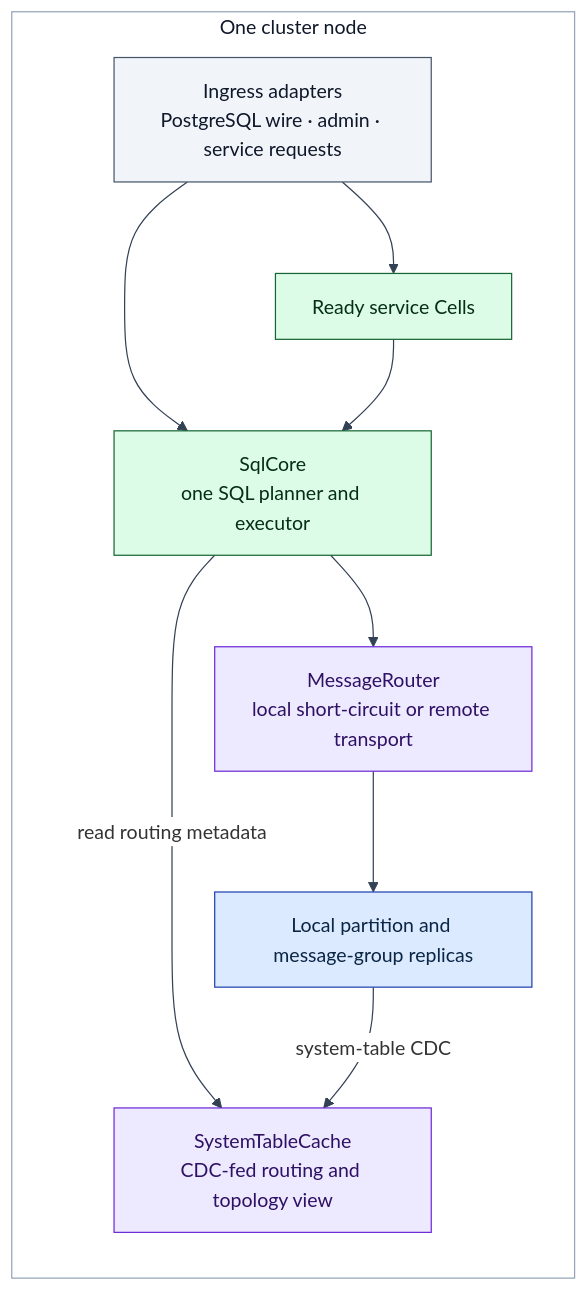
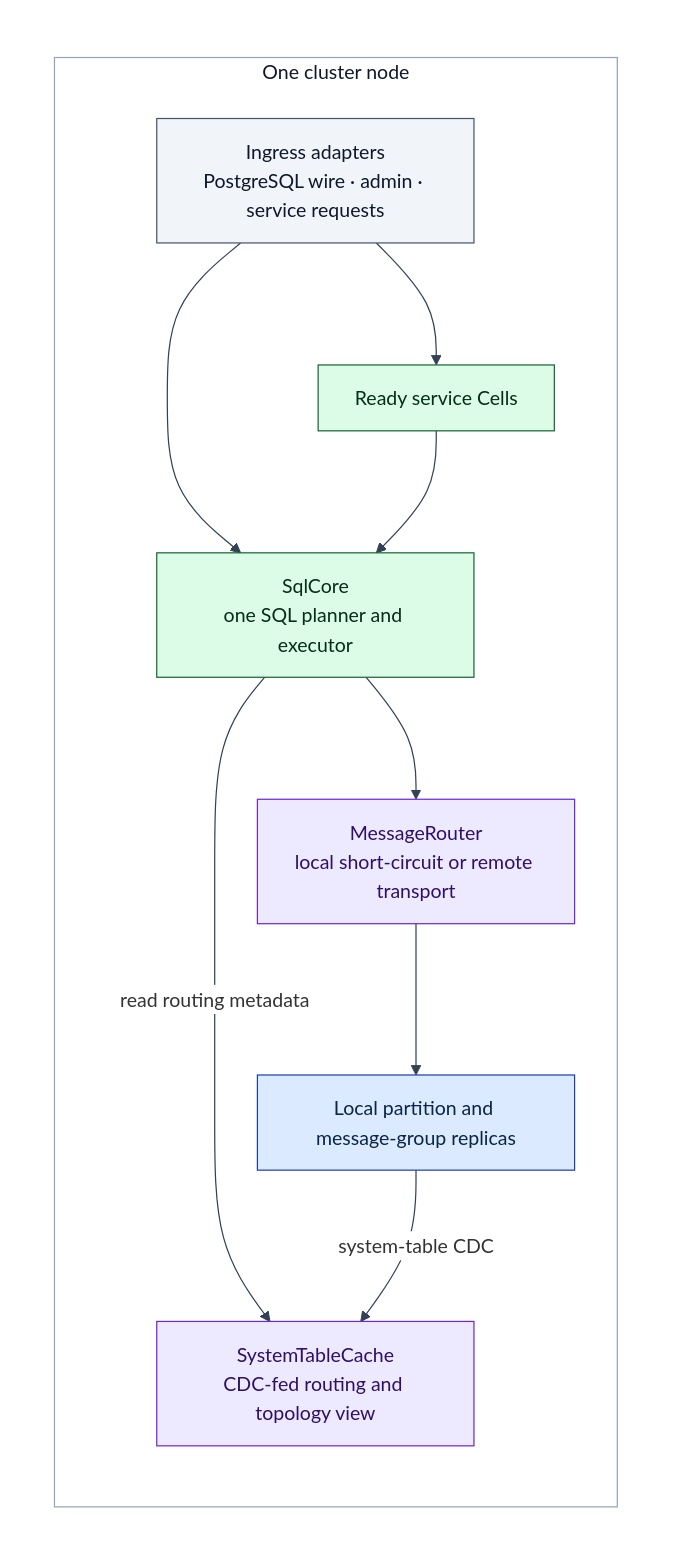
Before and after one commit to psvensson/lagrange: the fourth of 9 diagrams in architecture/system-model.md, drawn with Mermaid. The commit also changed other lines of this file and 3 other files, not shown here.

Commit message:
Draw explicit white Mermaid canvases

````diff
--- a/architecture/system-model.md
+++ b/architecture/system-model.md
@@ -177,27 +189,31 @@
 ```mermaid
-%%{init: {'theme':'base','darkMode':false,'themeCSS':'svg { background-color: #ffffff !important; }','themeVariables':{'background':'#ffffff','clusterBkg':'#ffffff','clusterBorder':'#94a3b8','edgeLabelBackground':'#ffffff','lineColor':'#334155','textColor':'#0f172a'}}}%%
+%%{init: {'theme':'base','darkMode':false,'themeVariables':{'background':'#ffffff','clusterBkg':'#ffffff','clusterBorder':'#94a3b8','edgeLabelBackground':'#ffffff','lineColor':'#334155','textColor':'#0f172a'}}}%%
 flowchart TD
-  subgraph NODE["One cluster node"]
-    direction TB
-    ING["Ingress adapters<br/>PostgreSQL wire · admin · service requests"]:::ext
-    CELL["Ready service Cells"]:::svc
-    SQL["SqlCore<br/>one SQL planner and executor"]:::svc
-    CACHE["SystemTableCache<br/>CDC-fed routing and topology view"]:::move
-    ROUTER["MessageRouter<br/>local short-circuit or remote transport"]:::move
-    LOCAL["Local partition and message-group replicas"]:::data
+  subgraph CANVAS[" "]
+    direction TD
+    subgraph NODE["One cluster node"]
+      direction TB
+      ING["Ingress adapters<br/>PostgreSQL wire · admin · service requests"]:::ext
+      CELL["Ready service Cells"]:::svc
+      SQL["SqlCore<br/>one SQL planner and executor"]:::svc
+      CACHE["SystemTableCache<br/>CDC-fed routing and topology view"]:::move
+      ROUTER["MessageRouter<br/>local short-circuit or remote transport"]:::move
+      LOCAL["Local partition and message-group replicas"]:::data
+    end
+
+    ING --> SQL
+    ING --> CELL
+    CELL --> SQL
+    SQL -->|"read routing metadata"| CACHE
+    SQL --> ROUTER
+    ROUTER --> LOCAL
+    LOCAL -->|"system-table CDC"| CACHE
   end
 
-  ING --> SQL
-  ING --> CELL
-  CELL --> SQL
-  SQL -->|"read routing metadata"| CACHE
-  SQL --> ROUTER
-  ROUTER --> LOCAL
-  LOCAL -->|"system-table CDC"| CACHE
-
+  style CANVAS fill:#ffffff,stroke:#ffffff,color:#0f172a
   style NODE fill:#ffffff,stroke:#94a3b8,color:#0f172a
   classDef data fill:#dbeafe,stroke:#1e40af,color:#0b2545
   classDef svc fill:#dcfce7,stroke:#166534,color:#052e16
   classDef move fill:#ede9fe,stroke:#6d28d9,color:#2e1065
   classDef ext fill:#f1f5f9,stroke:#475569,color:#0f172a
 ```
````
